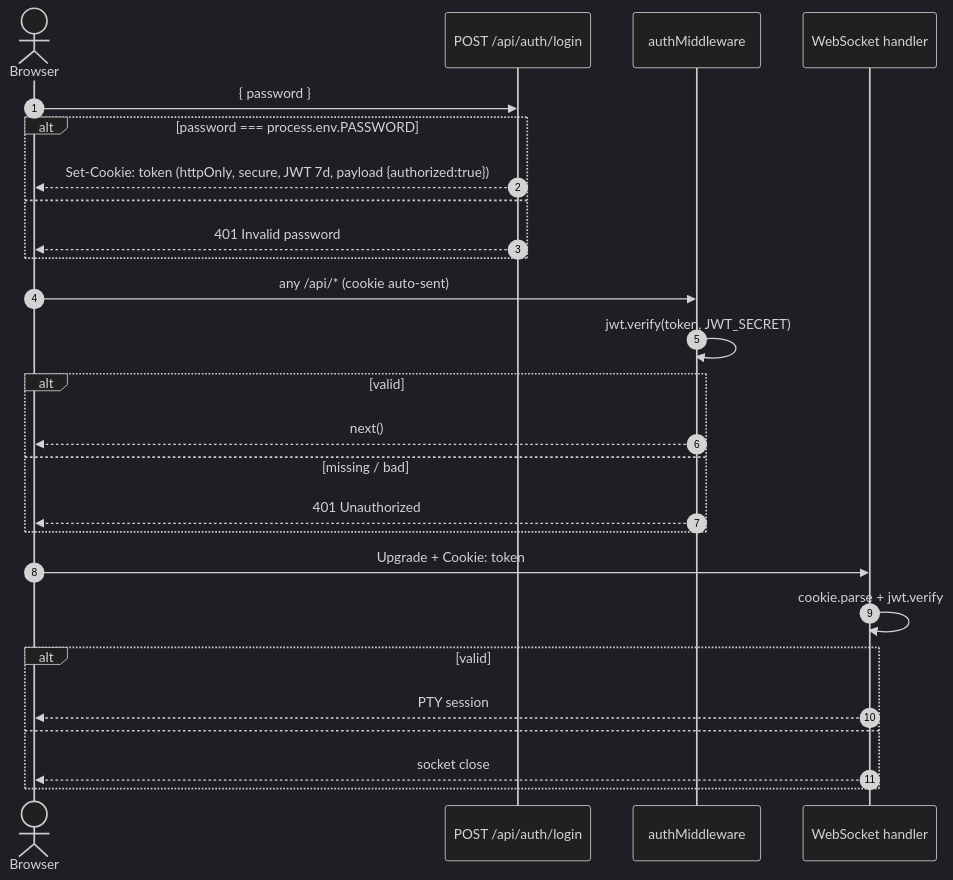
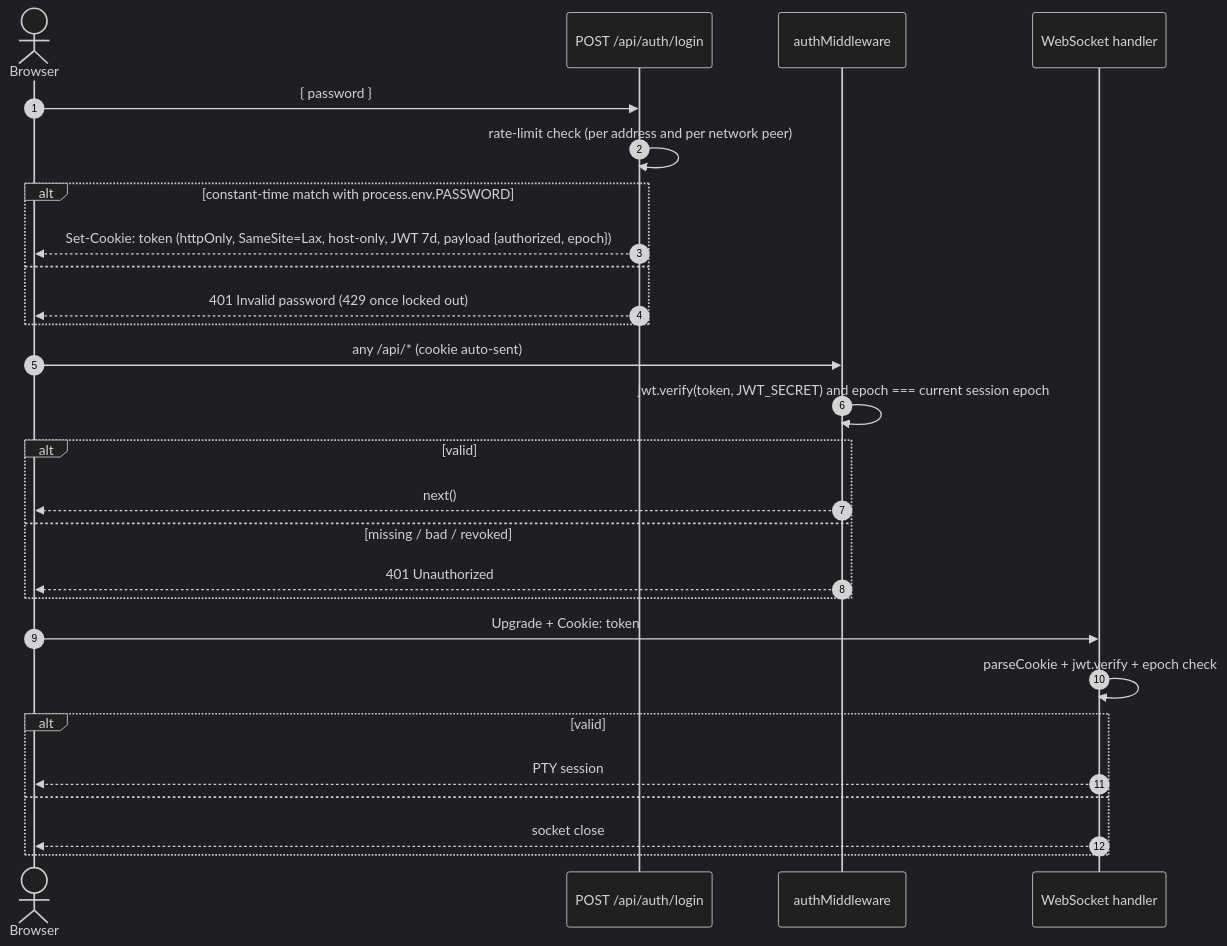
Before and after one commit to Cypher0071/Home_Cloud: the fourth of 7 diagrams in docs/SYSTEM_DESIGN.md, drawn with Mermaid (dark theme). The commit also changed other lines of this file and 21 other files, not shown here.

First line of the commit message:
docs: trim docs/ to the current architecture, design, roadmap and tradeoffs

````diff
--- a/docs/SYSTEM_DESIGN.md
+++ b/docs/SYSTEM_DESIGN.md
@@ -294,31 +342,32 @@
 ```mermaid
 sequenceDiagram
   autonumber
   actor U as Browser
   participant L as POST /api/auth/login
   participant M as authMiddleware
   participant WS as WebSocket handler
 
   U->>L: { password }
-  alt password === process.env.PASSWORD
-    L-->>U: Set-Cookie: token  (httpOnly, secure, JWT 7d, payload {authorized:true})
+  L->>L: rate-limit check (per address and per network peer)
+  alt constant-time match with process.env.PASSWORD
+    L-->>U: Set-Cookie: token  (httpOnly, SameSite=Lax, host-only, JWT 7d, payload {authorized, epoch})
   else
-    L-->>U: 401 Invalid password
+    L-->>U: 401 Invalid password (429 once locked out)
   end
 
   U->>M: any /api/*  (cookie auto-sent)
-  M->>M: jwt.verify(token, JWT_SECRET)
+  M->>M: jwt.verify(token, JWT_SECRET) and epoch === current session epoch
   alt valid
     M-->>U: next()
-  else missing / bad
+  else missing / bad / revoked
     M-->>U: 401 Unauthorized
   end
 
   U->>WS: Upgrade + Cookie: token
-  WS->>WS: cookie.parse + jwt.verify
+  WS->>WS: parseCookie + jwt.verify + epoch check
   alt valid
     WS-->>U: PTY session
   else
     WS-->>U: socket close
   end
 ```
````
